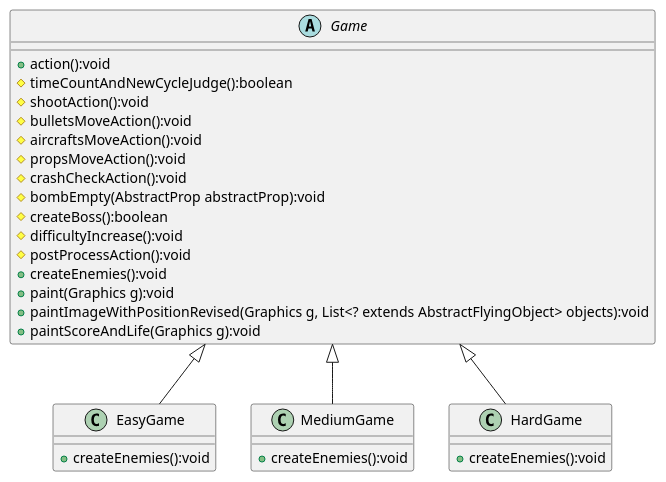
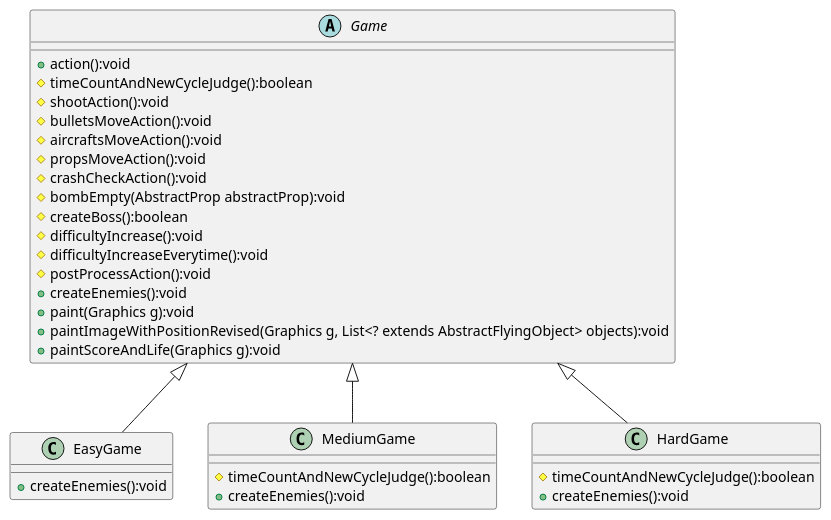
One commit to Neon850/AircraftWar-base changed the diagram in uml/TemplateMode.puml. Above: the diagram before and after it, drawn with PlantUML. The commit also changed 5 other files, not shown here.

```diff
--- a/uml/TemplateMode.puml
+++ b/uml/TemplateMode.puml
@@ -1,42 +1,45 @@
 @startuml
 'https://plantuml.com/class-diagram
 
 abstract class Game
 class EasyGame
 class MediumGame
 class HardGame
 
 Game <|-- EasyGame
 Game <|-- MediumGame
 Game <|-- HardGame
 
 
 abstract class Game {
 + action():void
 # timeCountAndNewCycleJudge():boolean
 # shootAction():void
 # bulletsMoveAction():void
 # aircraftsMoveAction():void
 # propsMoveAction():void
 # crashCheckAction():void
 # bombEmpty(AbstractProp abstractProp):void
 # createBoss():boolean
 # difficultyIncrease():void
+# difficultyIncreaseEverytime():void
 # postProcessAction():void
 + createEnemies():void
 + paint(Graphics g):void
 +paintImageWithPositionRevised(Graphics g, List<? extends AbstractFlyingObject> objects):void
 +paintScoreAndLife(Graphics g):void
 }
 
 class EasyGame{
 +createEnemies():void
 }
 class MediumGame{
+#timeCountAndNewCycleJudge():boolean
 +createEnemies():void
 }
 class HardGame{
+#timeCountAndNewCycleJudge():boolean
 +createEnemies():void
 }
 
 @enduml
```
